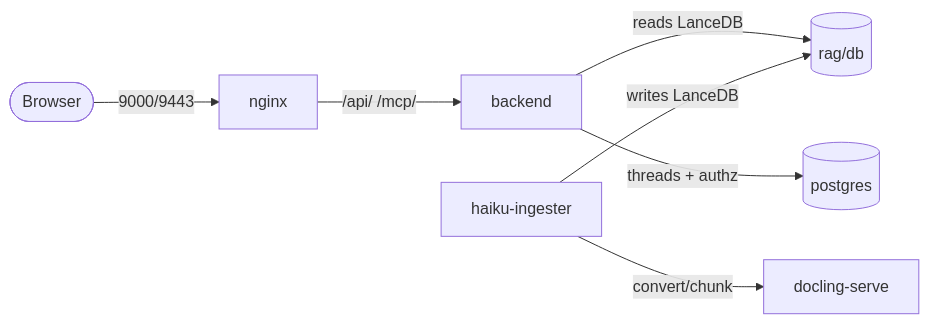
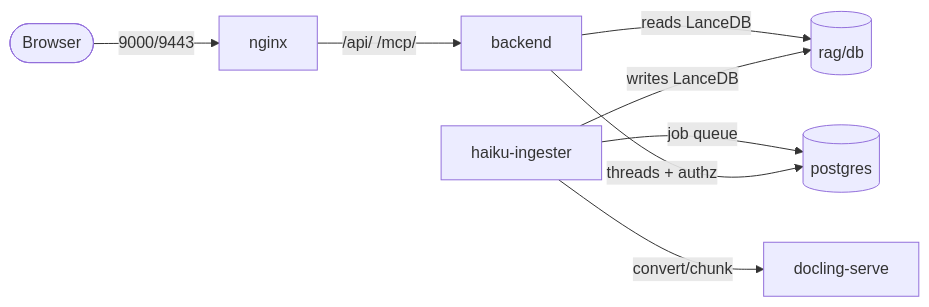
One commit to soliplex/soliplex-template changed the diagram in docs/architecture/services.md. Above: the diagram before and after it, drawn with Mermaid. The commit also changed other lines of this file and 18 other files, not shown here.

````diff
--- a/docs/architecture/services.md
+++ b/docs/architecture/services.md
@@ -11,9 +11,10 @@
 ```mermaid
 graph LR
   browser([Browser]) -->|9000/9443| nginx
   nginx -->|/api/ /mcp/| backend
   backend -->|reads LanceDB| ragdb[(rag/db)]
   ingester[haiku-ingester] -->|writes LanceDB| ragdb
   ingester -->|convert/chunk| docling[docling-serve]
-  backend -->|threads + authz| postgres[(postgres)]
+  ingester -->|job queue| postgres[(postgres)]
+  backend -->|threads + authz| postgres
 ```
````
